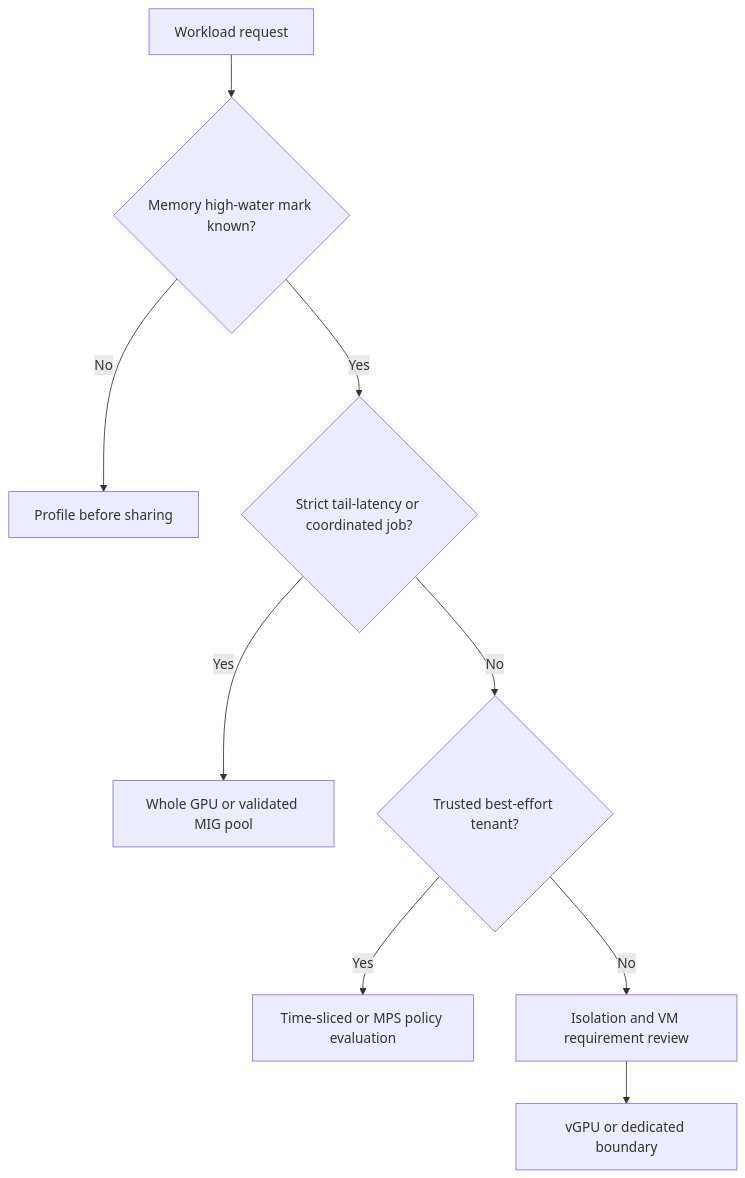
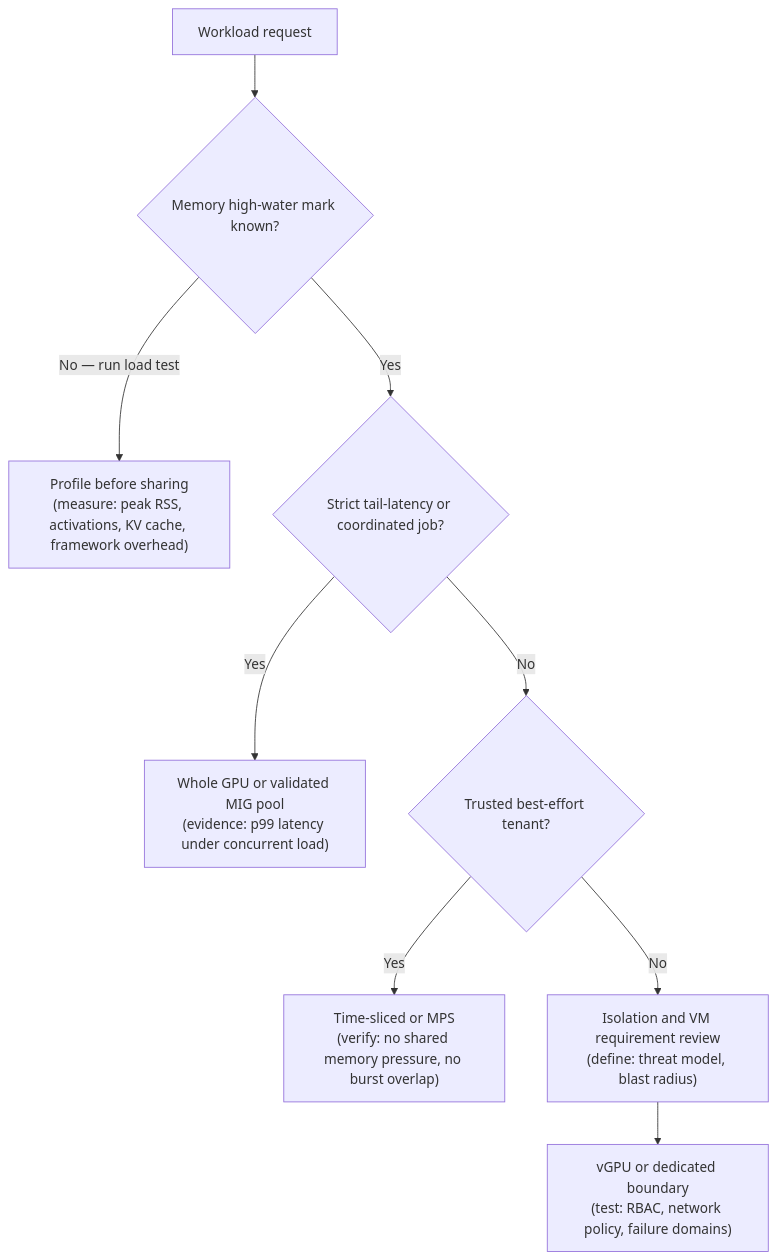
One commit to jithinpnjm/nvidia-devops changed the diagram in docs/nvidia-zero-to-hero/volume-11/chapter-01-why-gpu-sharing-exists.md. Above: the diagram before and after it, drawn with Mermaid. The commit also changed other lines of this file and 6 other files, not shown here.

````diff
--- a/docs/nvidia-zero-to-hero/volume-11/chapter-01-why-gpu-sharing-exists.md
+++ b/docs/nvidia-zero-to-hero/volume-11/chapter-01-why-gpu-sharing-exists.md
@@ -34,11 +54,11 @@
 ```mermaid
 flowchart TD
     R[Workload request] --> M{Memory high-water mark known?}
-    M -->|No| P[Profile before sharing]
+    M -->|No — run load test| P["Profile before sharing<br/>(measure: peak RSS, activations, KV cache, framework overhead)"]
     M -->|Yes| L{Strict tail-latency or coordinated job?}
-    L -->|Yes| E[Whole GPU or validated MIG pool]
+    L -->|Yes| E["Whole GPU or validated MIG pool<br/>(evidence: p99 latency under concurrent load)"]
     L -->|No| T{Trusted best-effort tenant?}
-    T -->|Yes| S[Time-sliced or MPS policy evaluation]
-    T -->|No| I[Isolation and VM requirement review]
-    I --> V[vGPU or dedicated boundary]
+    T -->|Yes| S["Time-sliced or MPS<br/>(verify: no shared memory pressure, no burst overlap)"]
+    T -->|No| I["Isolation and VM requirement review<br/>(define: threat model, blast radius)"]
+    I --> V["vGPU or dedicated boundary<br/>(test: RBAC, network policy, failure domains)"]
 ```
````
